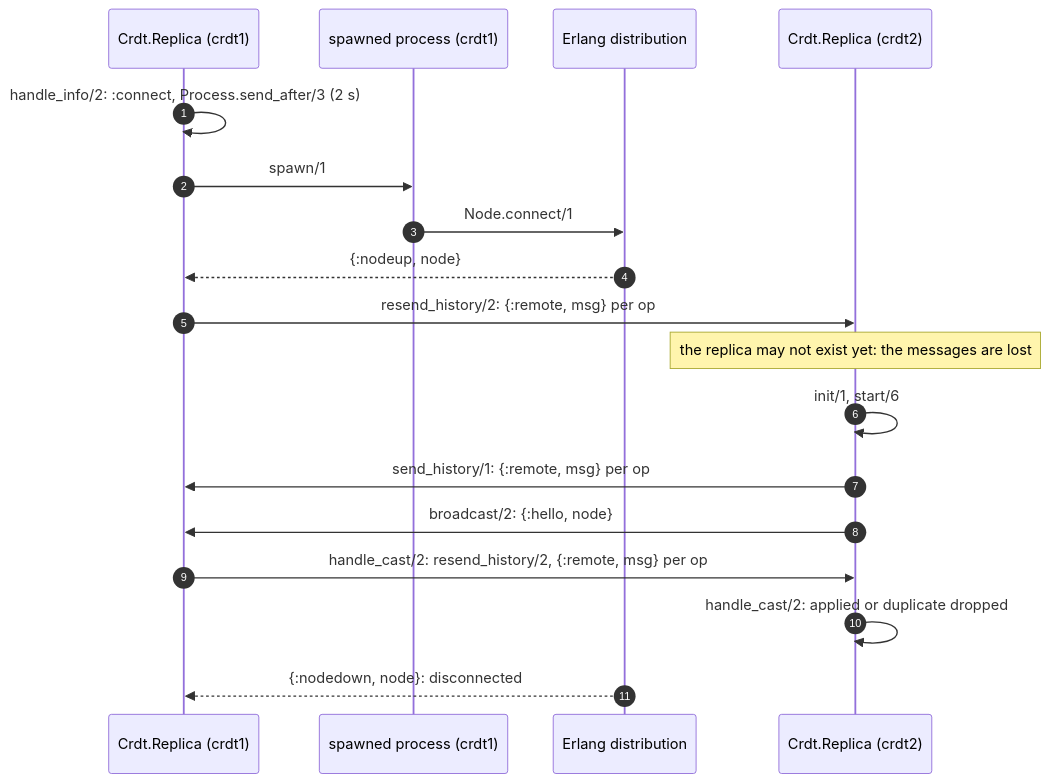
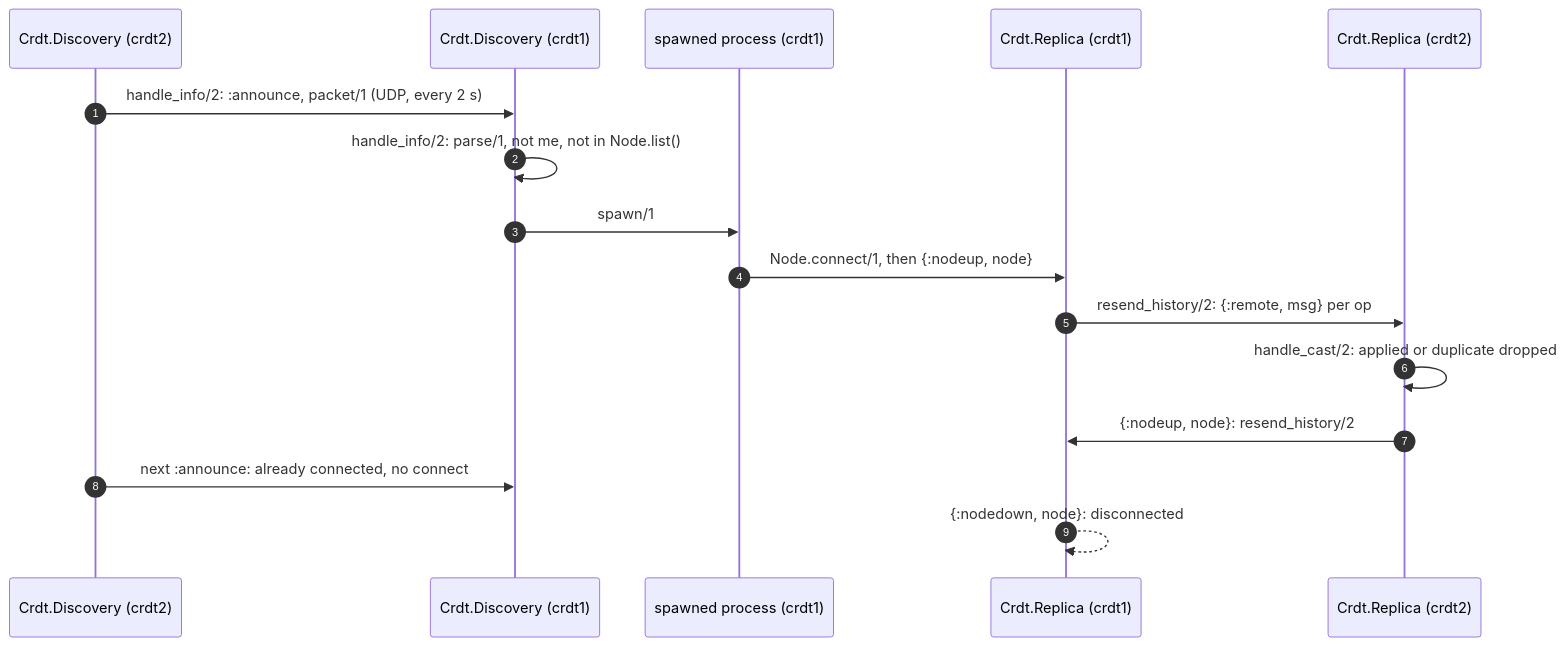
The fourth of 4 diagrams in docs/CODE-MAP.md (fepecas/treedoc), drawn with Mermaid before and after one commit. The commit also changed other lines of this file and 23 other files, not shown here.

````diff
--- a/docs/CODE-MAP.md
+++ b/docs/CODE-MAP.md
@@ -360,20 +404,18 @@
 ```mermaid
 sequenceDiagram
     autonumber
+    participant D2 as Crdt.Discovery (crdt2)
+    participant D1 as Crdt.Discovery (crdt1)
+    participant P as spawned process (crdt1)
     participant R1 as Crdt.Replica (crdt1)
-    participant P as spawned process (crdt1)
-    participant NK as Erlang distribution
     participant R2 as Crdt.Replica (crdt2)
-    R1->>R1: handle_info/2: :connect, Process.send_after/3 (2 s)
-    R1->>P: spawn/1
-    P->>NK: Node.connect/1
-    NK-->>R1: {:nodeup, node}
+    D2->>D1: handle_info/2: :announce, packet/1 (UDP, every 2 s)
+    D1->>D1: handle_info/2: parse/1, not me, not in Node.list()
+    D1->>P: spawn/1
+    P->>R1: Node.connect/1, then {:nodeup, node}
     R1->>R2: resend_history/2: {:remote, msg} per op
-    Note over R2: the replica may not exist yet: the messages are lost
-    R2->>R2: init/1, start/6
-    R2->>R1: send_history/1: {:remote, msg} per op
-    R2->>R1: broadcast/2: {:hello, node}
-    R1->>R2: handle_cast/2: resend_history/2, {:remote, msg} per op
     R2->>R2: handle_cast/2: applied or duplicate dropped
-    NK-->>R1: {:nodedown, node}: disconnected
+    R2->>R1: {:nodeup, node}: resend_history/2
+    D2->>D1: next :announce: already connected, no connect
+    R1-->>R1: {:nodedown, node}: disconnected
 ```
````
